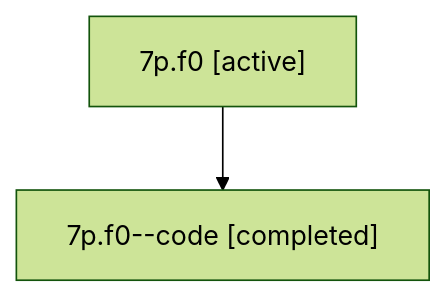
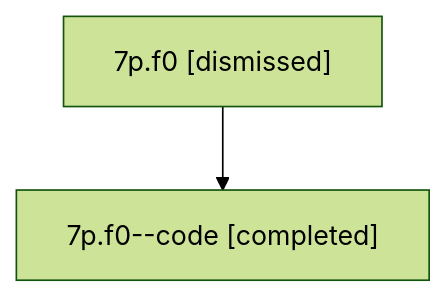
Before and after one commit to bobs-org/bob-cli--agents: the diagram in sessions/bbugyi200.athena.7p.f0.md, drawn with Mermaid (forest theme). The commit also changed other lines of this file and 10 other files, not shown here.

````diff
--- a/sessions/bbugyi200.athena.7p.f0.md
+++ b/sessions/bbugyi200.athena.7p.f0.md
@@ -9,6 +9,6 @@
 ```mermaid
 flowchart TD
-  n0["7p.f0 [active]"]
+  n0["7p.f0 [dismissed]"]
   n1["7p.f0--code [completed]"]
   n0 --> n1
 ```
````
